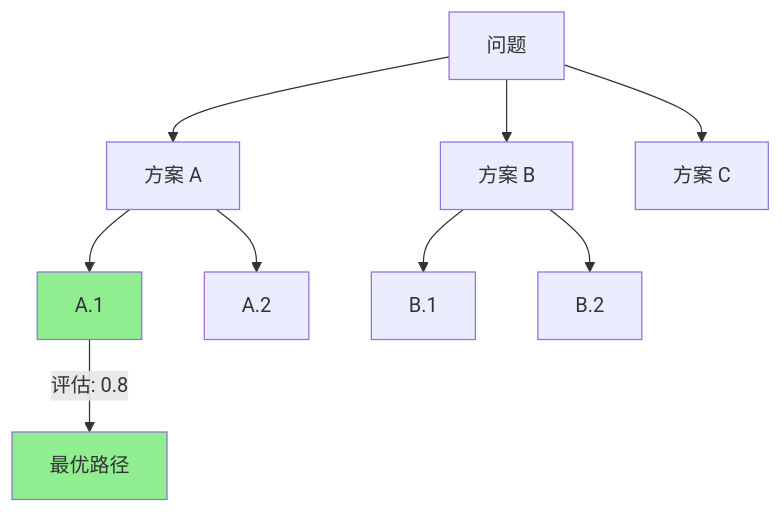
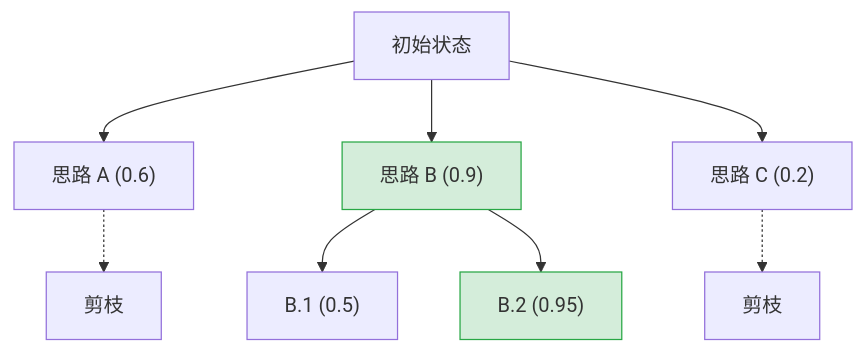
One commit to yeasy/agentic_ai_guide changed the diagram in 02_reasoning/2.2_decomposition.md. Above: the diagram before and after it, drawn with Mermaid. The commit also changed other lines of this file and 7 other files, not shown here.

````diff
--- a/02_reasoning/2.2_decomposition.md
+++ b/02_reasoning/2.2_decomposition.md
@@ -57,16 +32,15 @@
 ```mermaid
 graph TD
-    Root["问题"] --> N1["方案 A"]
-    Root --> N2["方案 B"]
-    Root --> N3["方案 C"]
+    Root["初始状态"] --> N1["思路 A (0.6)"]
+    Root --> N2["思路 B (0.9)"]
+    Root --> N3["思路 C (0.2)"]
     
-    N1 --> N1a["A.1"]
-    N1 --> N1b["A.2"]
-    N2 --> N2a["B.1"]
-    N2 --> N2b["B.2"]
+    N2 --> N2a["B.1 (0.5)"]
+    N2 --> N2b["B.2 (0.95)"]
     
-    N1a -->|"评估: 0.8"| Best["最优路径"]
+    N1 -.-> DeadEnd1["剪枝"]
+    N3 -.-> DeadEnd2["剪枝"]
     
-    style N1a fill:#90EE90
-    style Best fill:#90EE90
+    style N2 fill:#d4edda,stroke:#28a745
+    style N2b fill:#d4edda,stroke:#28a745
 ```
````
